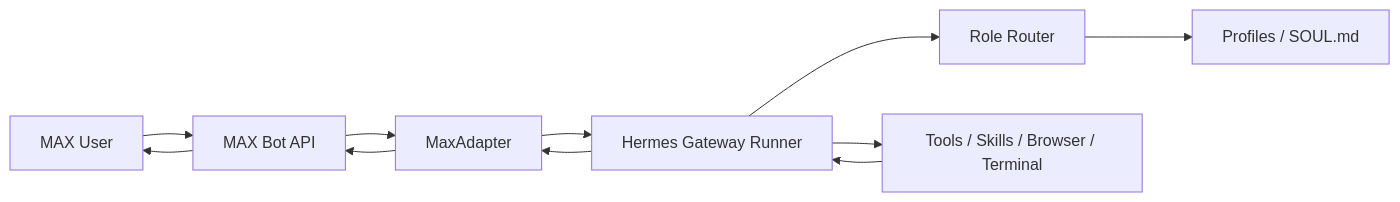
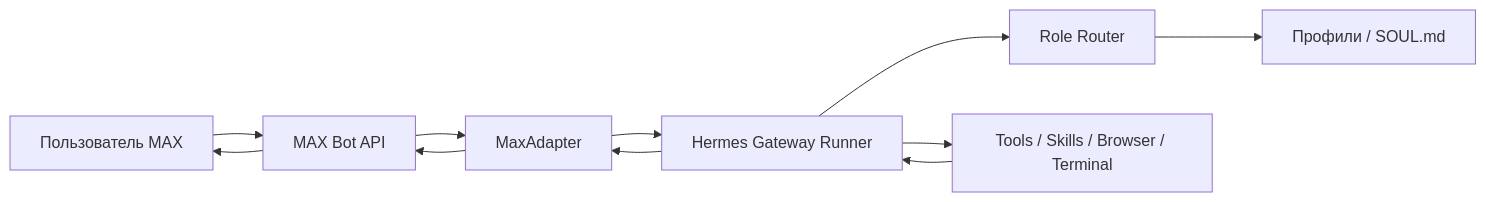
The first of 2 diagrams in README.md (pavelvladimirovich258614-sys/max_hermes_agent_new), drawn with Mermaid before and after one commit. The commit also changed other lines of this file and 23 other files, not shown here.

````diff
--- a/README.md
+++ b/README.md
@@ -51,13 +64,13 @@
 ```mermaid
 flowchart LR
-    U[MAX User] --> M[MAX Bot API]
+    U[Пользователь MAX] --> M[MAX Bot API]
     M --> A[MaxAdapter]
     A --> G[Hermes Gateway Runner]
     G --> R[Role Router]
-    R --> P[Profiles / SOUL.md]
+    R --> P[Профили / SOUL.md]
     G --> T[Tools / Skills / Browser / Terminal]
     T --> G
     G --> A
     A --> M
     M --> U
 ```
````
